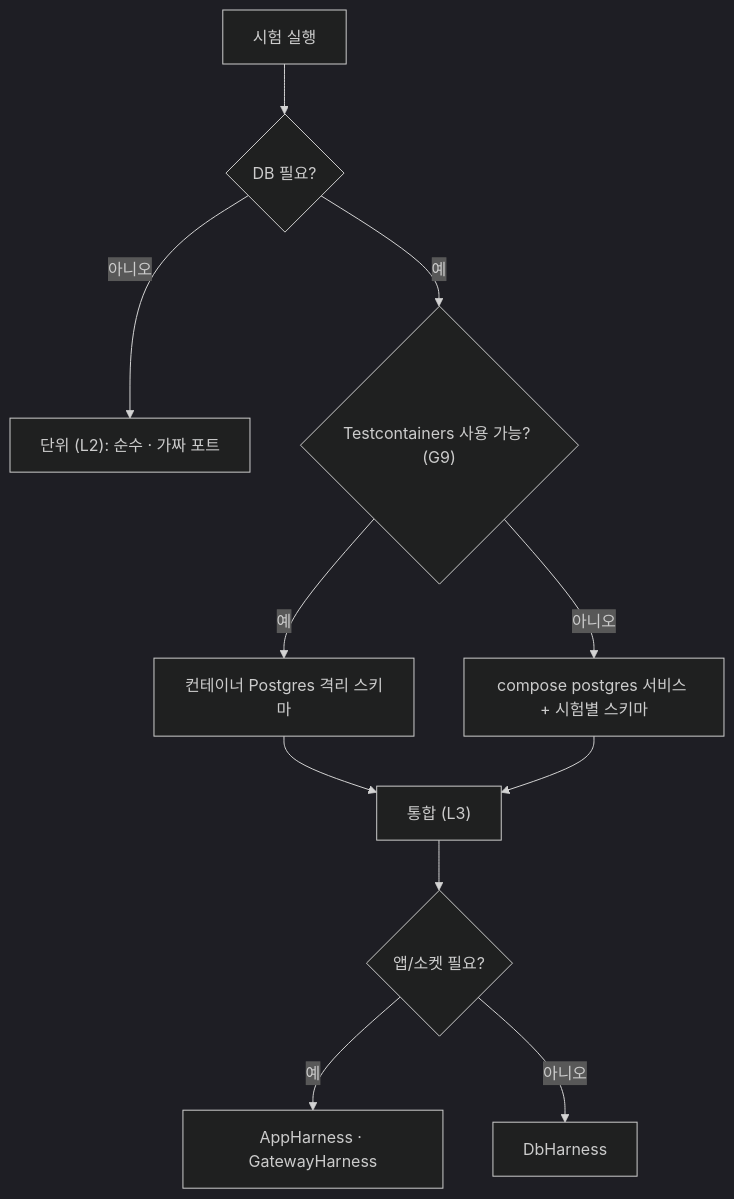
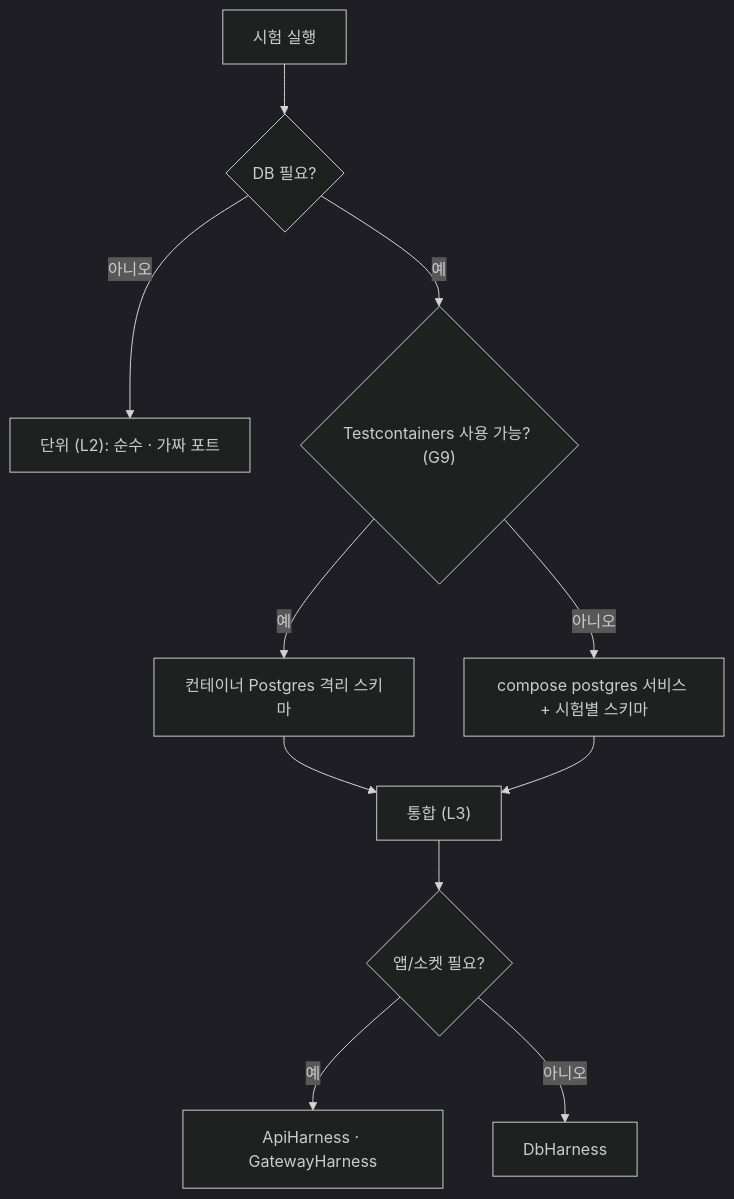
Before and after one commit to 1985jwlee/portpolio_backend: diagram 31 of 33 in docs/design/features/16-cross-cutting.md, drawn with Mermaid (dark theme). The commit also changed other lines of this file and 33 other files, not shown here.

````diff
--- a/docs/design/features/16-cross-cutting.md
+++ b/docs/design/features/16-cross-cutting.md
@@ -1491,13 +1521,13 @@
 ```mermaid
 flowchart TD
     A["시험 실행"] --> B{"DB 필요?"}
     B -- "아니오" --> U["단위 (L2): 순수 · 가짜 포트"]
     B -- "예" --> C{"Testcontainers 사용 가능? (G9)"}
     C -- "예" --> T["컨테이너 Postgres 격리 스키마"]
     C -- "아니오" --> S["compose postgres 서비스 + 시험별 스키마"]
     T --> I["통합 (L3)"]
     S --> I
     I --> D{"앱/소켓 필요?"}
-    D -- "예" --> AH["AppHarness · GatewayHarness"]
+    D -- "예" --> AH["ApiHarness · GatewayHarness"]
     D -- "아니오" --> DH["DbHarness"]
 ```
````
